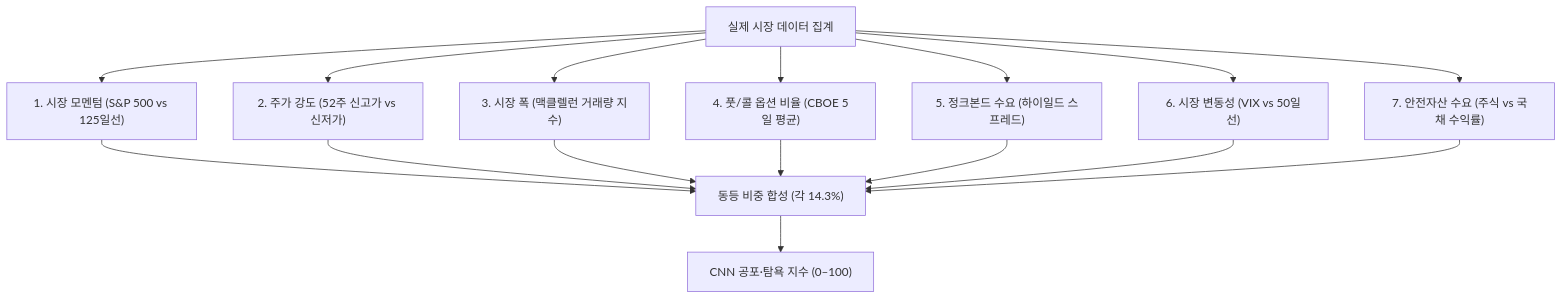
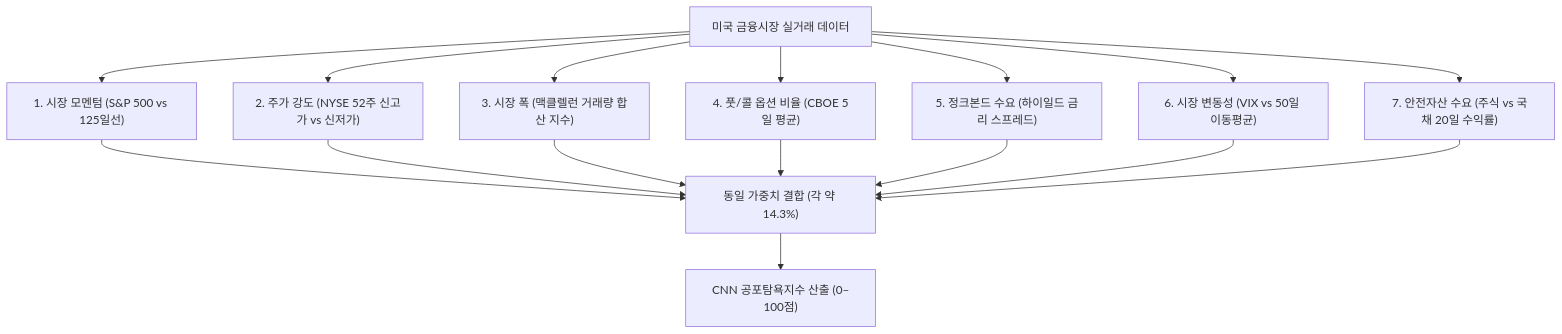
Before and after one commit to veryfaraway/blog-astro-eone: the diagram in src/content/money/ko/2026/fear-greed-index-guide.mdx, drawn with Mermaid. The commit also changed other lines of this file and 8 other files, not shown here.

````diff
--- a/src/content/money/ko/2026/fear-greed-index-guide.mdx
+++ b/src/content/money/ko/2026/fear-greed-index-guide.mdx
@@ -52,20 +75,20 @@
 ```mermaid
 flowchart TD
-    A["실제 시장 데이터 집계"] --> B["1. 시장 모멘텀 (S&P 500 vs 125일선)"]
-    A --> C["2. 주가 강도 (52주 신고가 vs 신저가)"]
-    A --> D["3. 시장 폭 (맥클렐런 거래량 지수)"]
+    A["미국 금융시장 실거래 데이터"] --> B["1. 시장 모멘텀 (S&P 500 vs 125일선)"]
+    A --> C["2. 주가 강도 (NYSE 52주 신고가 vs 신저가)"]
+    A --> D["3. 시장 폭 (맥클렐런 거래량 합산 지수)"]
     A --> E["4. 풋/콜 옵션 비율 (CBOE 5일 평균)"]
-    A --> F["5. 정크본드 수요 (하이일드 스프레드)"]
-    A --> G["6. 시장 변동성 (VIX vs 50일선)"]
-    A --> H["7. 안전자산 수요 (주식 vs 국채 수익률)"]
-    
-    B --> I["동등 비중 합성 (각 14.3%)"]
+    A --> F["5. 정크본드 수요 (하이일드 금리 스프레드)"]
+    A --> G["6. 시장 변동성 (VIX vs 50일 이동평균)"]
+    A --> H["7. 안전자산 수요 (주식 vs 국채 20일 수익률)"]
+
+    B --> I["동일 가중치 결합 (각 약 14.3%)"]
     C --> I
     D --> I
     E --> I
     F --> I
     G --> I
     H --> I
-    
-    I --> J["CNN 공포·탐욕 지수 (0–100)"]
+
+    I --> J["CNN 공포탐욕지수 산출 (0–100점)"]
 ```
````
